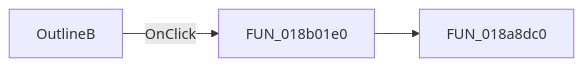
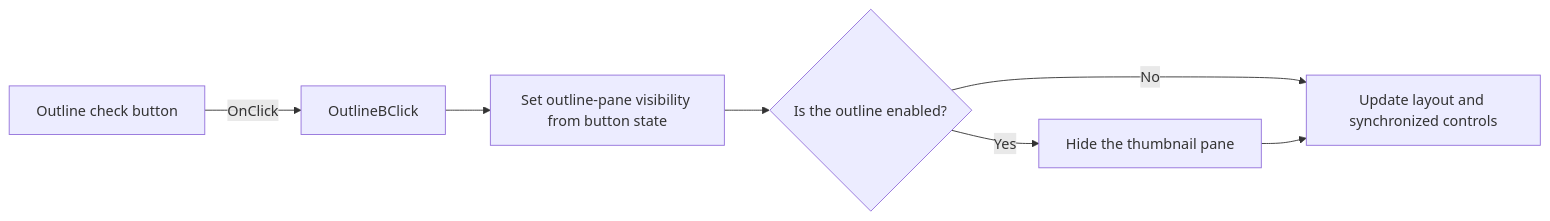
The diagram in docs/ui-controls/frxpreviewform/outlineb-41b11995d9.md (MovGP0/TIARA), drawn with Mermaid before and after one commit. The commit also changed other lines of this file and 387 other files, not shown here.

````diff
--- a/docs/ui-controls/frxpreviewform/outlineb-41b11995d9.md
+++ b/docs/ui-controls/frxpreviewform/outlineb-41b11995d9.md
@@ -27,5 +27,9 @@
 ```mermaid
 flowchart LR
-    control["OutlineB"] -->|OnClick| handler["FUN_018b01e0"]
-    handler --> call1["FUN_018a8dc0"]
+    control["Outline check button"] -->|OnClick| handler["OutlineBClick"]
+    handler --> apply["Set outline-pane visibility from button state"]
+    apply --> on{"Is the outline enabled?"}
+    on -->|Yes| exclusive["Hide the thumbnail pane"]
+    on -->|No| layout["Keep the thumbnail state"]
+    exclusive --> layout["Update layout and synchronized controls"]
 ```
````
